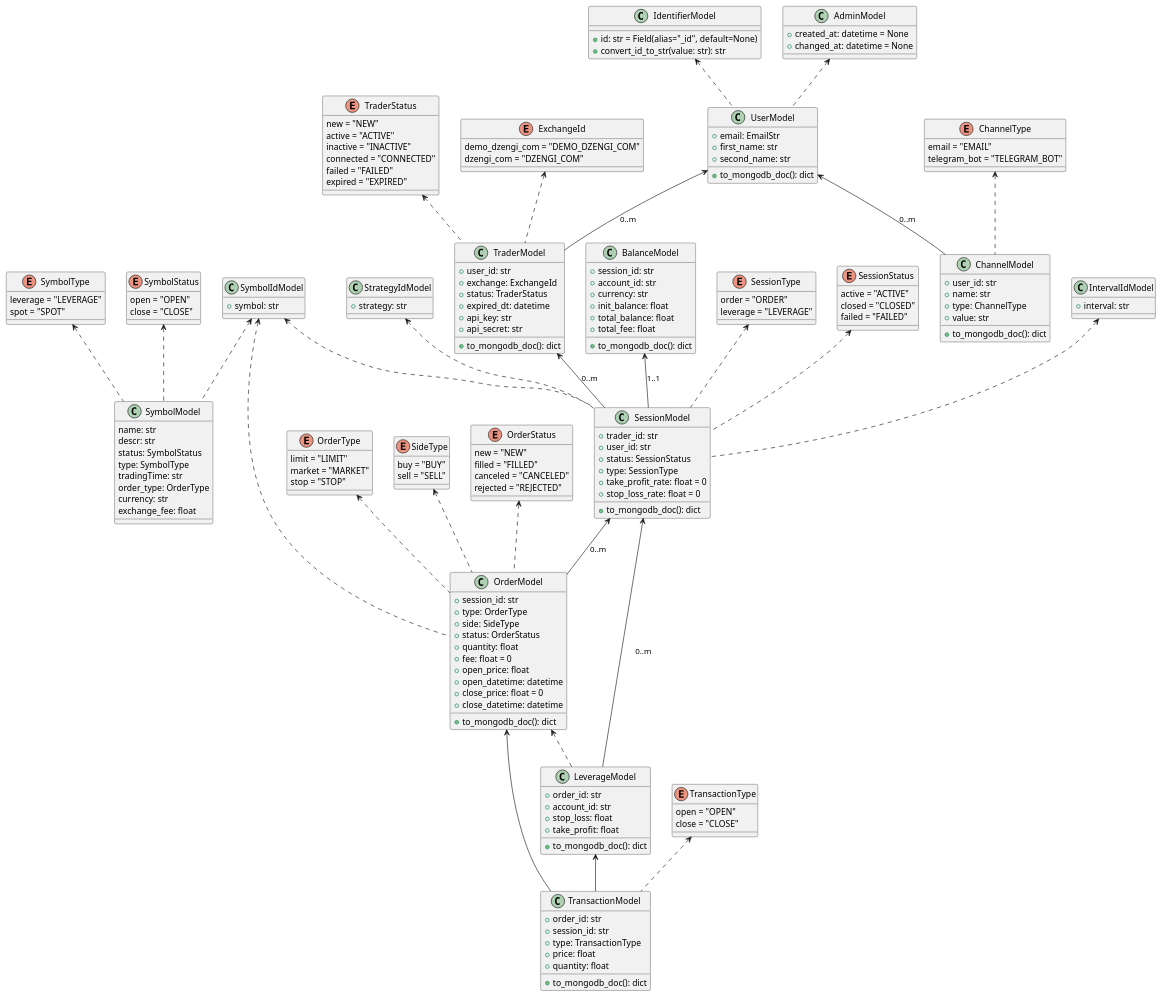
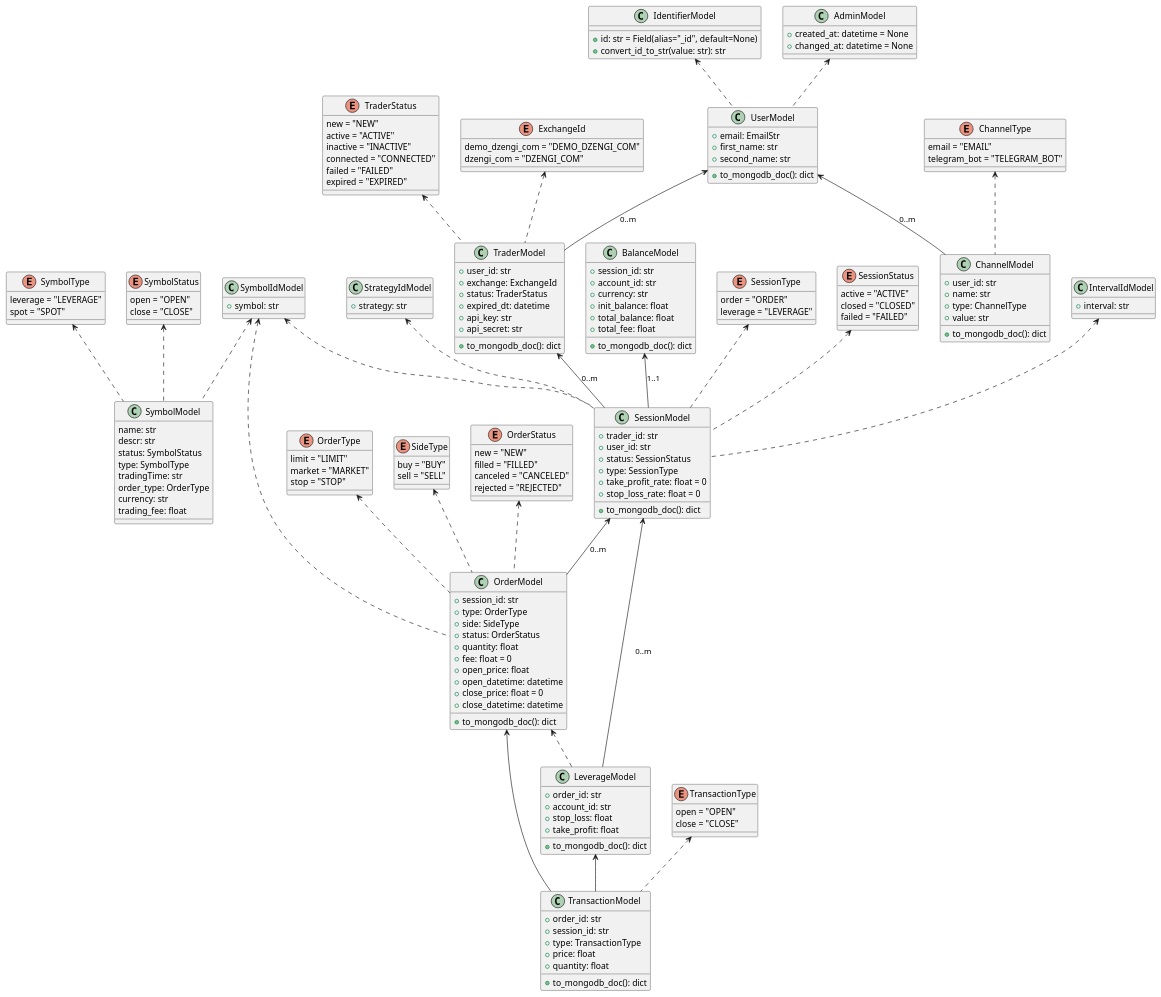
One commit to aliaksei-dunets-public/trading-tool-api changed the diagram in design/uml_model_v2.plantuml. Above: the diagram before and after it, drawn with PlantUML. The commit also changed 6 other files, not shown here.

```diff
--- a/design/uml_model_v2.plantuml
+++ b/design/uml_model_v2.plantuml
@@ -75,7 +75,7 @@
   tradingTime: str
   order_type: OrderType
   currency: str
-  exchange_fee: float
+  trading_fee: float
 }
 
 SymbolStatus <.. SymbolModel
```
